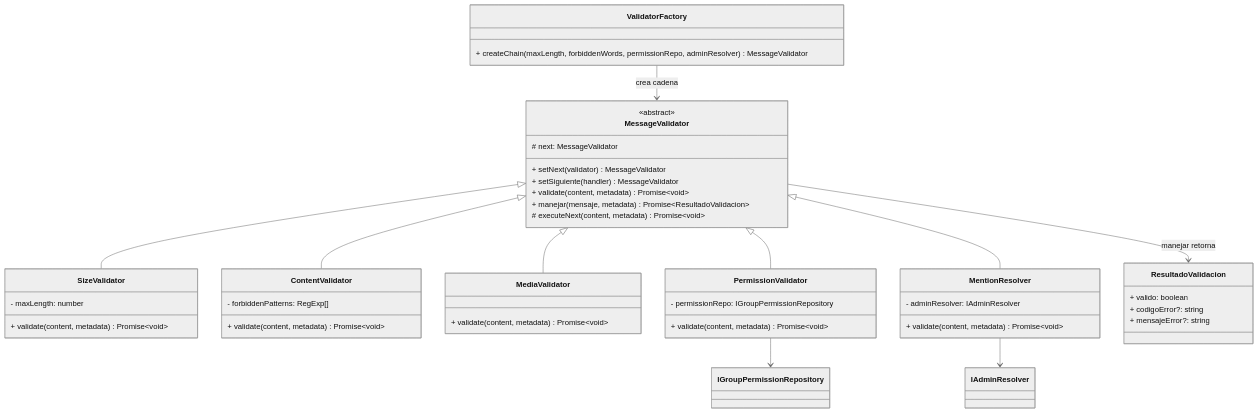
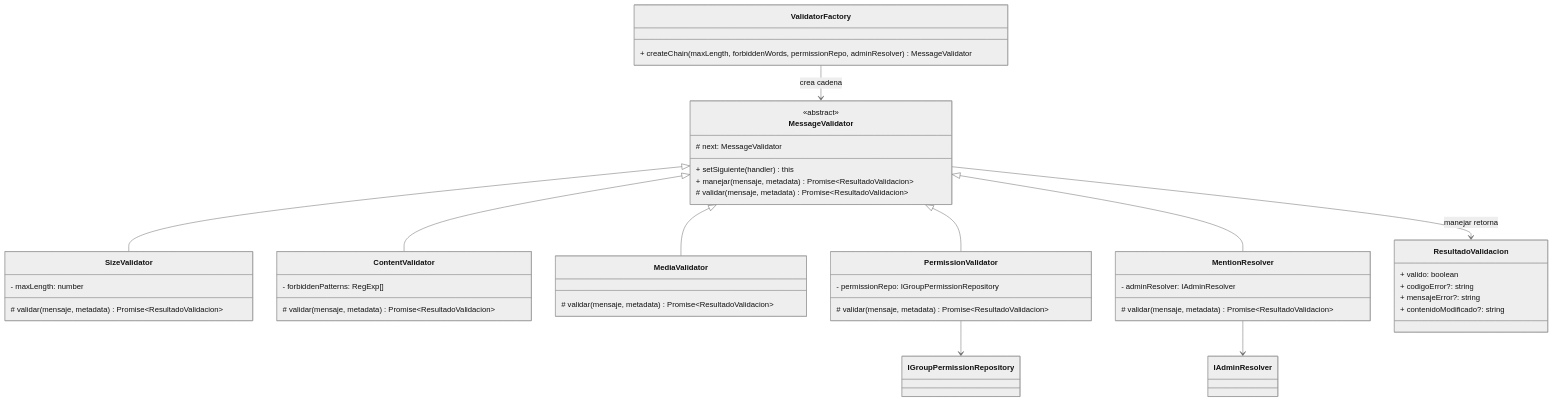
The first of 3 diagrams in backend/shared/patterns/chain/message/README.md (Cgomez2107/UniConnect), drawn with Mermaid (neutral theme) before and after one commit. The commit also changed other lines of this file and 14 other files, not shown here.

Commit message:
refactor(chain): unify manejar() flow, hide handlers behind setSiguiente(this), and propagate contenidoModificado

````diff
--- a/backend/shared/patterns/chain/message/README.md
+++ b/backend/shared/patterns/chain/message/README.md
@@ -5,56 +5,55 @@
 ```mermaid
 classDiagram
     class MessageValidator {
         # next: MessageValidator
-        + setNext(validator) MessageValidator
-        + setSiguiente(handler) MessageValidator
-        + validate(content, metadata) Promise~void~
+        + setSiguiente(handler) this
         + manejar(mensaje, metadata) Promise~ResultadoValidacion~
-        # executeNext(content, metadata) Promise~void~
+        # validar(mensaje, metadata) Promise~ResultadoValidacion~
     }
     <<abstract>> MessageValidator
 
     class SizeValidator {
         - maxLength: number
-        + validate(content, metadata) Promise~void~
+        # validar(mensaje, metadata) Promise~ResultadoValidacion~
     }
 
     class ContentValidator {
         - forbiddenPatterns: RegExp[]
-        + validate(content, metadata) Promise~void~
+        # validar(mensaje, metadata) Promise~ResultadoValidacion~
     }
 
     class MediaValidator {
-        + validate(content, metadata) Promise~void~
+        # validar(mensaje, metadata) Promise~ResultadoValidacion~
     }
 
     class PermissionValidator {
         - permissionRepo: IGroupPermissionRepository
-        + validate(content, metadata) Promise~void~
+        # validar(mensaje, metadata) Promise~ResultadoValidacion~
     }
 
     class MentionResolver {
         - adminResolver: IAdminResolver
-        + validate(content, metadata) Promise~void~
+        # validar(mensaje, metadata) Promise~ResultadoValidacion~
     }
 
     class ValidatorFactory {
         + createChain(maxLength, forbiddenWords, permissionRepo, adminResolver) MessageValidator
     }
 
     class ResultadoValidacion {
         + valido: boolean
         + codigoError?: string
         + mensajeError?: string
+        + contenidoModificado?: string
     }
 
     MessageValidator <|-- SizeValidator
     MessageValidator <|-- ContentValidator
     MessageValidator <|-- MediaValidator
     MessageValidator <|-- PermissionValidator
     MessageValidator <|-- MentionResolver
     MessageValidator --> ResultadoValidacion : manejar retorna
     ValidatorFactory --> MessageValidator : crea cadena
     PermissionValidator --> IGroupPermissionRepository
     MentionResolver --> IAdminResolver
 ```
````
